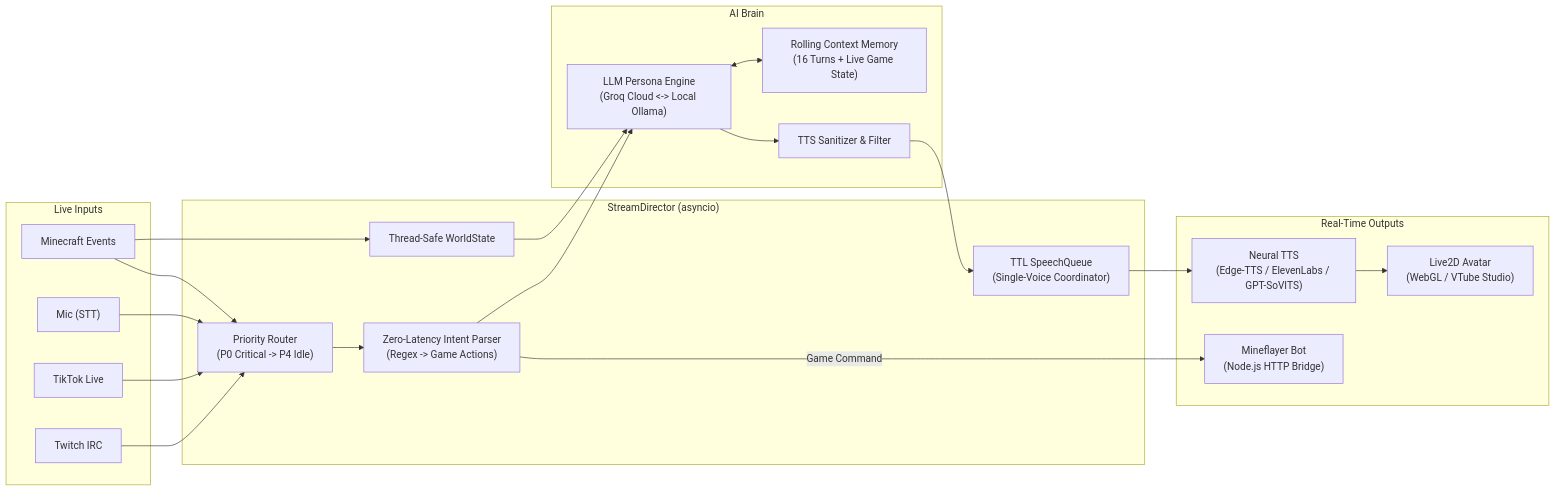
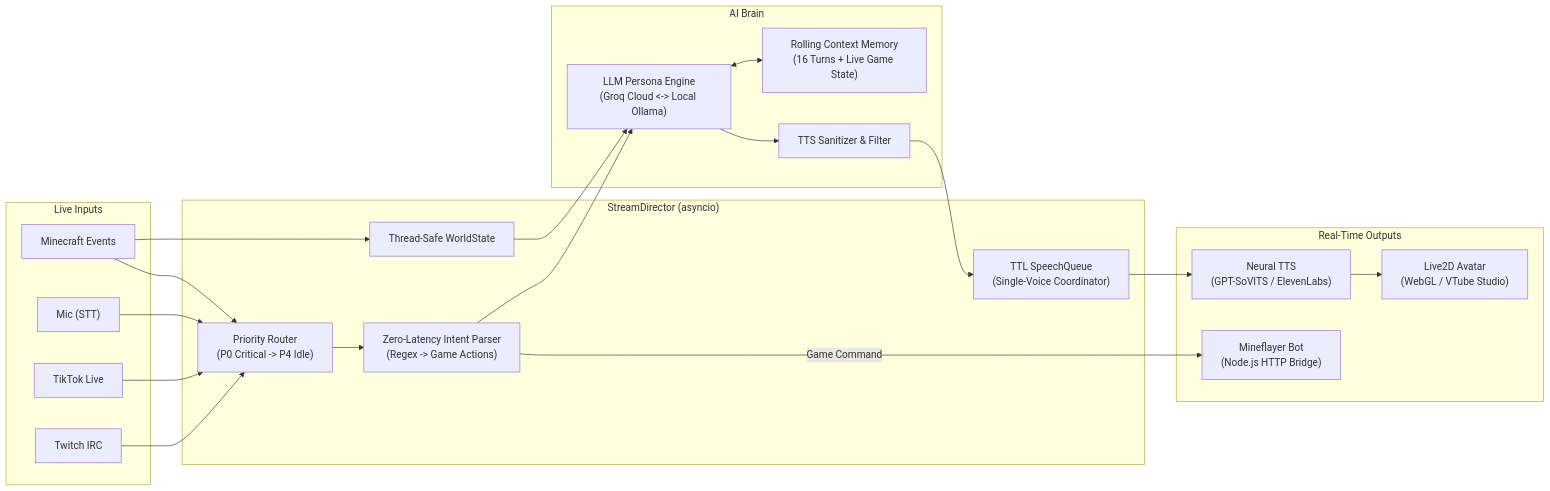
Before and after one commit to Haruuowo/AI_VirtualYoutuber: the diagram in README.md, drawn with Mermaid. The commit also changed other lines of this file and 7 other files, not shown here.

First line of the commit message:
labubuIMAI-v2: Remove edge-tts so speech uses only GPT-SoVITS or ElevenLabs

````diff
--- a/README.md
+++ b/README.md
@@ -45,37 +45,37 @@
 ```mermaid
 flowchart LR
     subgraph Inputs["Live Inputs"]
         TW["Twitch IRC"]
         TT["TikTok Live"]
         MIC["Mic (STT)"]
         MC_IN["Minecraft Events"]
     end
 
     subgraph Core["StreamDirector (asyncio)"]
         ROUTER["Priority Router\n(P0 Critical -> P4 Idle)"]
         INTENT["Zero-Latency Intent Parser\n(Regex -> Game Actions)"]
         STATE["Thread-Safe WorldState"]
         QUEUE["TTL SpeechQueue\n(Single-Voice Coordinator)"]
     end
 
     subgraph Brain["AI Brain"]
         LLM["LLM Persona Engine\n(Groq Cloud <-> Local Ollama)"]
         MEM["Rolling Context Memory\n(16 Turns + Live Game State)"]
         FILT["TTS Sanitizer & Filter"]
     end
 
     subgraph Outputs["Real-Time Outputs"]
-        VOICE["Neural TTS\n(Edge-TTS / ElevenLabs / GPT-SoVITS)"]
+        VOICE["Neural TTS\n(GPT-SoVITS / ElevenLabs)"]
         AVATAR["Live2D Avatar\n(WebGL / VTube Studio)"]
         MC_BOT["Mineflayer Bot\n(Node.js HTTP Bridge)"]
     end
 
     TW & TT & MIC --> ROUTER
     MC_IN --> STATE & ROUTER
     ROUTER --> INTENT
     INTENT -->|Game Command| MC_BOT
     INTENT --> LLM
     STATE --> LLM
     LLM <--> MEM
     LLM --> FILT --> QUEUE --> VOICE --> AVATAR
 ```
````
